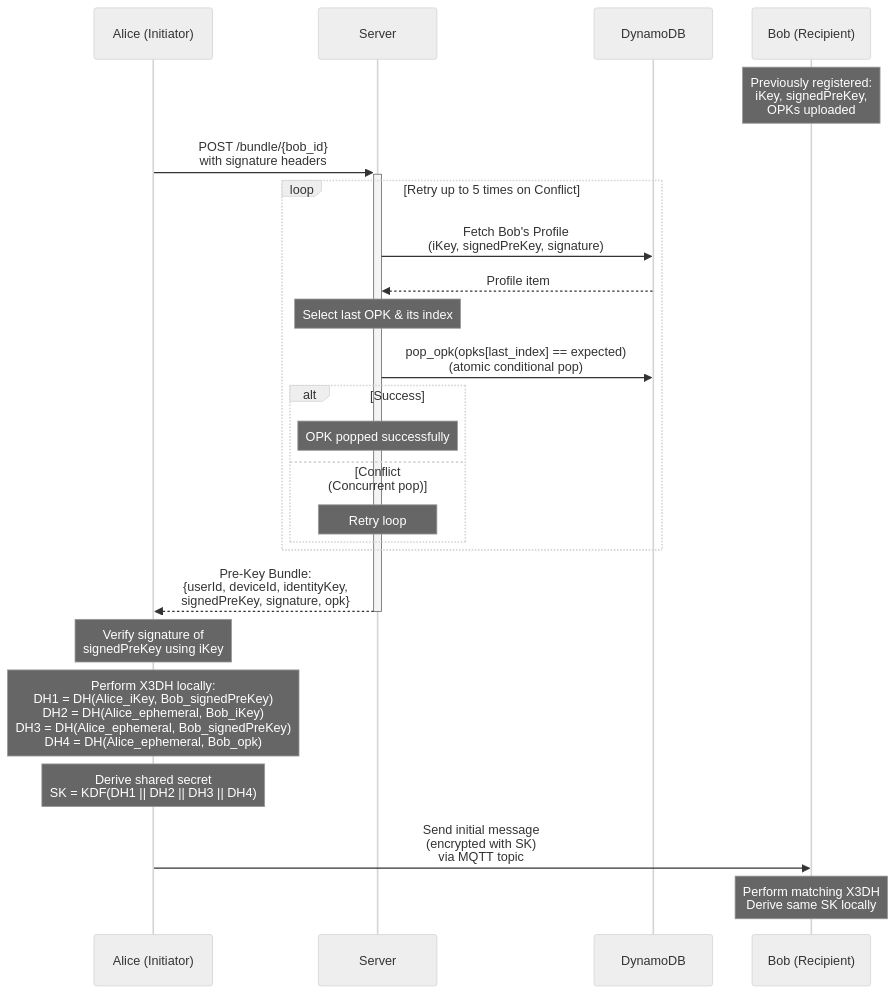
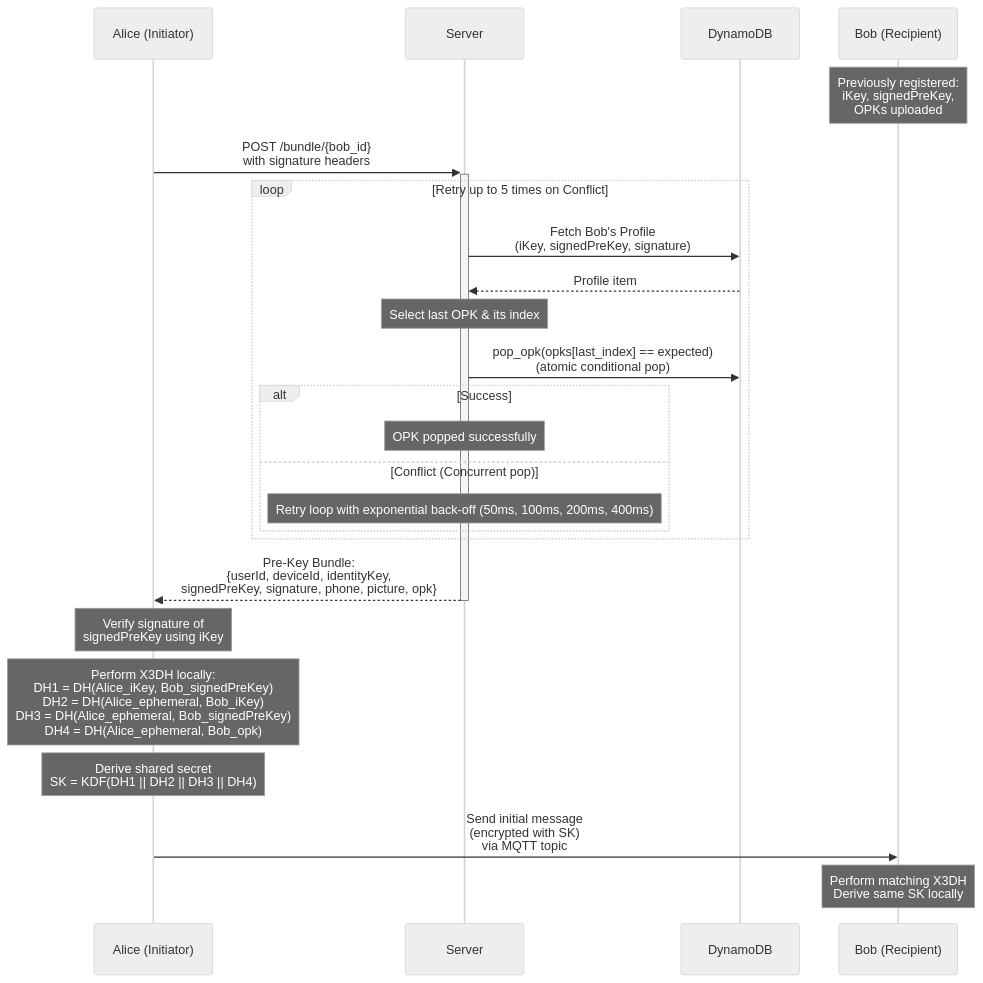
Before and after one commit to debarkamondal/khamoshchat-api: the sixth of 6 diagrams in docs/cryptographic_flows.md, drawn with Mermaid (neutral theme). The commit also changed other lines of this file and 4 other files, not shown here.

````diff
--- a/docs/cryptographic_flows.md
+++ b/docs/cryptographic_flows.md
@@ -223,38 +234,38 @@
 ```mermaid
 sequenceDiagram
     participant A as Alice (Initiator)
     participant S as Server
     participant D as DynamoDB
     participant B as Bob (Recipient)
 
     Note over B: Previously registered:<br/>iKey, signedPreKey,<br/>OPKs uploaded
 
     A->>+S: POST /bundle/{bob_id}<br/>with signature headers
 
     loop Retry up to 5 times on Conflict
         S->>D: Fetch Bob's Profile<br/>(iKey, signedPreKey, signature)
         D-->>S: Profile item
 
         Note over S: Select last OPK & its index
 
         S->>D: pop_opk(opks[last_index] == expected)<br/>(atomic conditional pop)
         
         alt Success
             Note over S: OPK popped successfully
         else Conflict (Concurrent pop)
-            Note over S: Retry loop
+            Note over S: Retry loop with exponential back-off (50ms, 100ms, 200ms, 400ms)
         end
     end
 
-    S-->>-A: Pre-Key Bundle:<br/>{userId, deviceId, identityKey,<br/>signedPreKey, signature, opk}
+    S-->>-A: Pre-Key Bundle:<br/>{userId, deviceId, identityKey,<br/>signedPreKey, signature, phone, picture, opk}
 
     Note over A: Verify signature of<br/>signedPreKey using iKey
 
     Note over A: Perform X3DH locally:<br/>DH1 = DH(Alice_iKey, Bob_signedPreKey)<br/>DH2 = DH(Alice_ephemeral, Bob_iKey)<br/>DH3 = DH(Alice_ephemeral, Bob_signedPreKey)<br/>DH4 = DH(Alice_ephemeral, Bob_opk)
 
     Note over A: Derive shared secret<br/>SK = KDF(DH1 || DH2 || DH3 || DH4)
 
     A->>B: Send initial message<br/>(encrypted with SK)<br/>via MQTT topic
 
     Note over B: Perform matching X3DH<br/>Derive same SK locally
 ```
````
